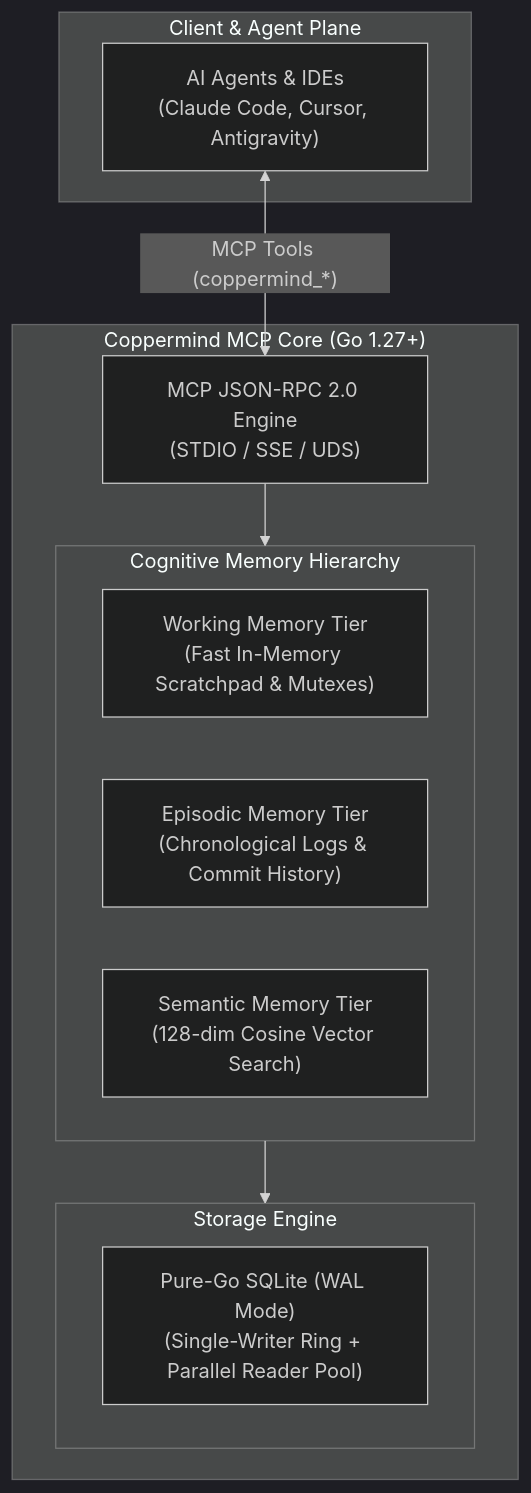
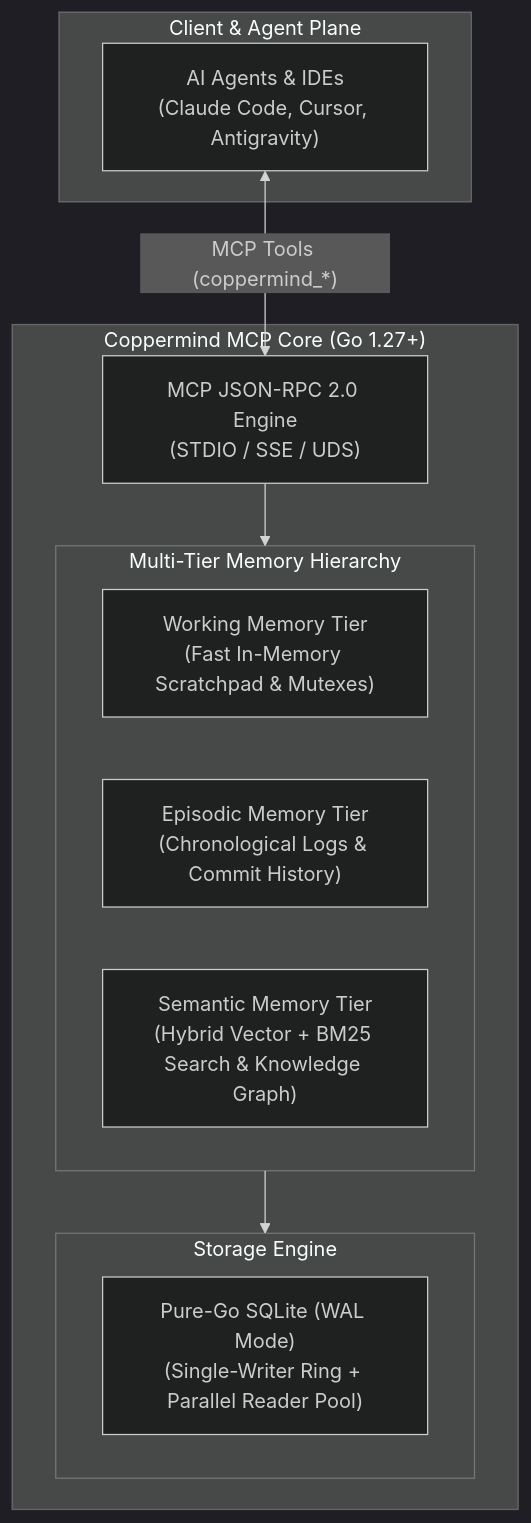
One commit to bonjoski/coppermind changed the diagram in README.md. Above: the diagram before and after it, drawn with Mermaid (dark theme). The commit also changed other lines of this file and 18 other files, not shown here.

Commit message:
docs,cli,mcp: reframe Coppermind as a local-first AI memory system

````diff
--- a/README.md
+++ b/README.md
@@ -18,24 +18,24 @@
 ```mermaid
 flowchart TD
     subgraph ClientPlane ["Client & Agent Plane"]
         Agents["AI Agents & IDEs<br/>(Claude Code, Cursor, Antigravity)"]
     end
 
     subgraph CoppermindRuntime ["Coppermind MCP Core (Go 1.27+)"]
         MCP["MCP JSON-RPC 2.0 Engine<br/>(STDIO / SSE / UDS)"]
 
-        subgraph CognitiveTiers ["Cognitive Memory Hierarchy"]
+        subgraph MemoryTiers ["Multi-Tier Memory Hierarchy"]
             Working["Working Memory Tier<br/>(Fast In-Memory Scratchpad & Mutexes)"]
             Episodic["Episodic Memory Tier<br/>(Chronological Logs & Commit History)"]
-            Semantic["Semantic Memory Tier<br/>(128-dim Cosine Vector Search)"]
+            Semantic["Semantic Memory Tier<br/>(Hybrid Vector + BM25 Search & Knowledge Graph)"]
         end
 
         subgraph StorageCore ["Storage Engine"]
             SQLite["Pure-Go SQLite (WAL Mode)<br/>(Single-Writer Ring + Parallel Reader Pool)"]
         end
     end
 
     Agents <-->|"MCP Tools (coppermind_*)"| MCP
-    MCP --> CognitiveTiers
-    CognitiveTiers --> StorageCore
+    MCP --> MemoryTiers
+    MemoryTiers --> StorageCore
 ```
````
